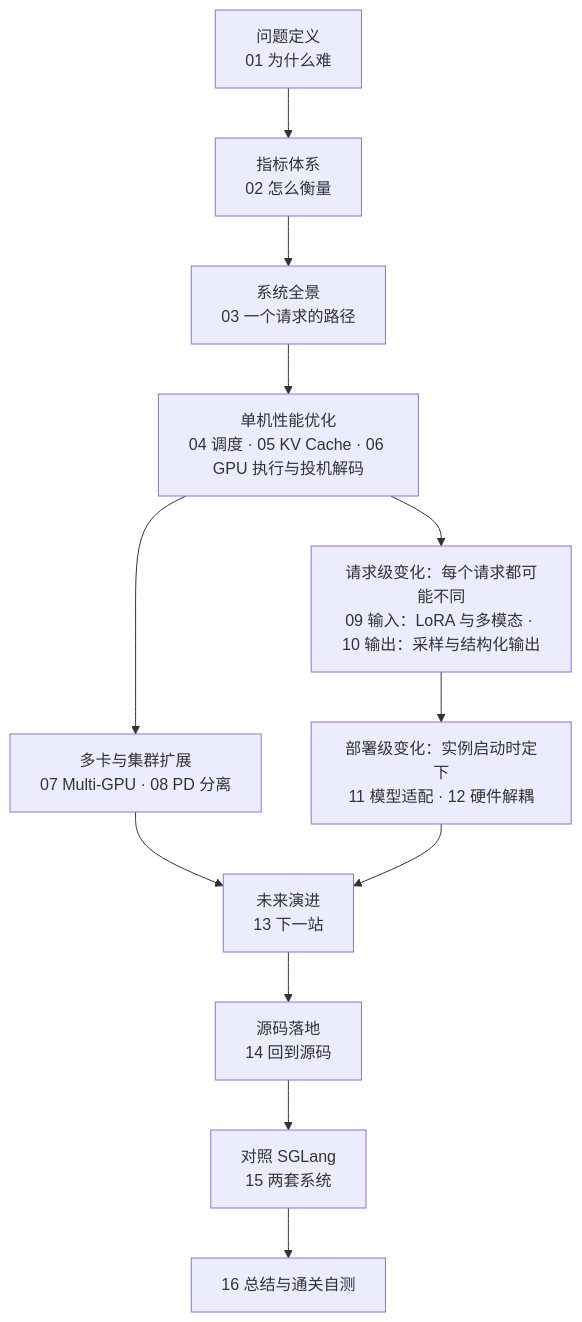
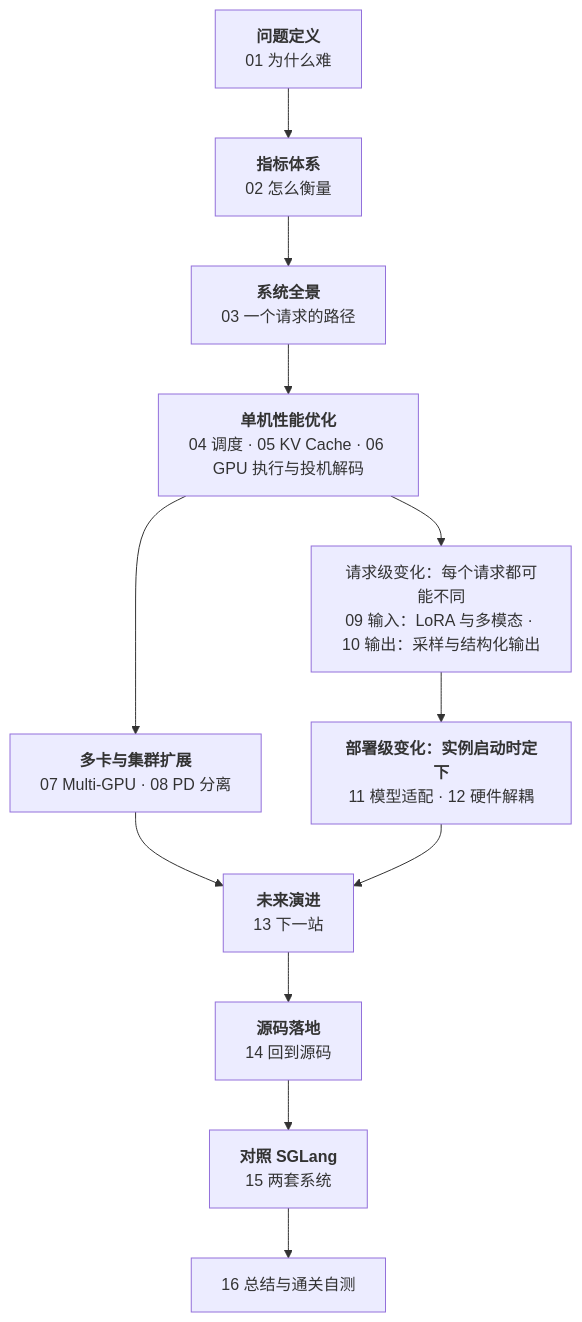
The diagram in _posts/2026-08-11-deep-dive-into-vllm.md (arganzheng/arganzheng.github.com), drawn with Mermaid before and after one commit. The commit also changed 14 other files, not shown here.

First line of the commit message:
大模型推理系统揭秘：从 vLLM 看 LLM Serving Infra 核心技术：Mermaid 多行方框的首行标为标题（15 篇）

````diff
--- a/_posts/2026-08-11-deep-dive-into-vllm.md
+++ b/_posts/2026-08-11-deep-dive-into-vllm.md
@@ -106,12 +106,12 @@
 ```mermaid
 %% 图：系列主线：问题定义 → 指标体系 → 系统全景 → 单机性能优化 → 多卡与集群扩展 → 输入、输出、模型与硬件适配 → 未来演进 → 源码落地
 flowchart TB
-    P1["问题定义<br/>01 为什么难"] --> P2["指标体系<br/>02 怎么衡量"] --> P3["系统全景<br/>03 一个请求的路径"]
-    P3 --> P4["单机性能优化<br/>04 调度 · 05 KV Cache · 06 GPU 执行与投机解码"]
-    P4 --> P5["多卡与集群扩展<br/>07 Multi-GPU · 08 PD 分离"]
+    P1["<b>问题定义</b><br/>01 为什么难"] --> P2["<b>指标体系</b><br/>02 怎么衡量"] --> P3["<b>系统全景</b><br/>03 一个请求的路径"]
+    P3 --> P4["<b>单机性能优化</b><br/>04 调度 · 05 KV Cache · 06 GPU 执行与投机解码"]
+    P4 --> P5["<b>多卡与集群扩展</b><br/>07 Multi-GPU · 08 PD 分离"]
     P4 --> P6["请求级变化：每个请求都可能不同<br/>09 输入：LoRA 与多模态 · 10 输出：采样与结构化输出"]
-    P6 --> P6b["部署级变化：实例启动时定下<br/>11 模型适配 · 12 硬件解耦"]
-    P5 --> P7["未来演进<br/>13 下一站"]
+    P6 --> P6b["<b>部署级变化：实例启动时定下</b><br/>11 模型适配 · 12 硬件解耦"]
+    P5 --> P7["<b>未来演进</b><br/>13 下一站"]
     P6b --> P7
-    P7 --> P8["源码落地<br/>14 回到源码"] --> P9["对照 SGLang<br/>15 两套系统"] --> P10["16 总结与通关自测"]
+    P7 --> P8["<b>源码落地</b><br/>14 回到源码"] --> P9["<b>对照 SGLang</b><br/>15 两套系统"] --> P10["16 总结与通关自测"]
 ```
````
